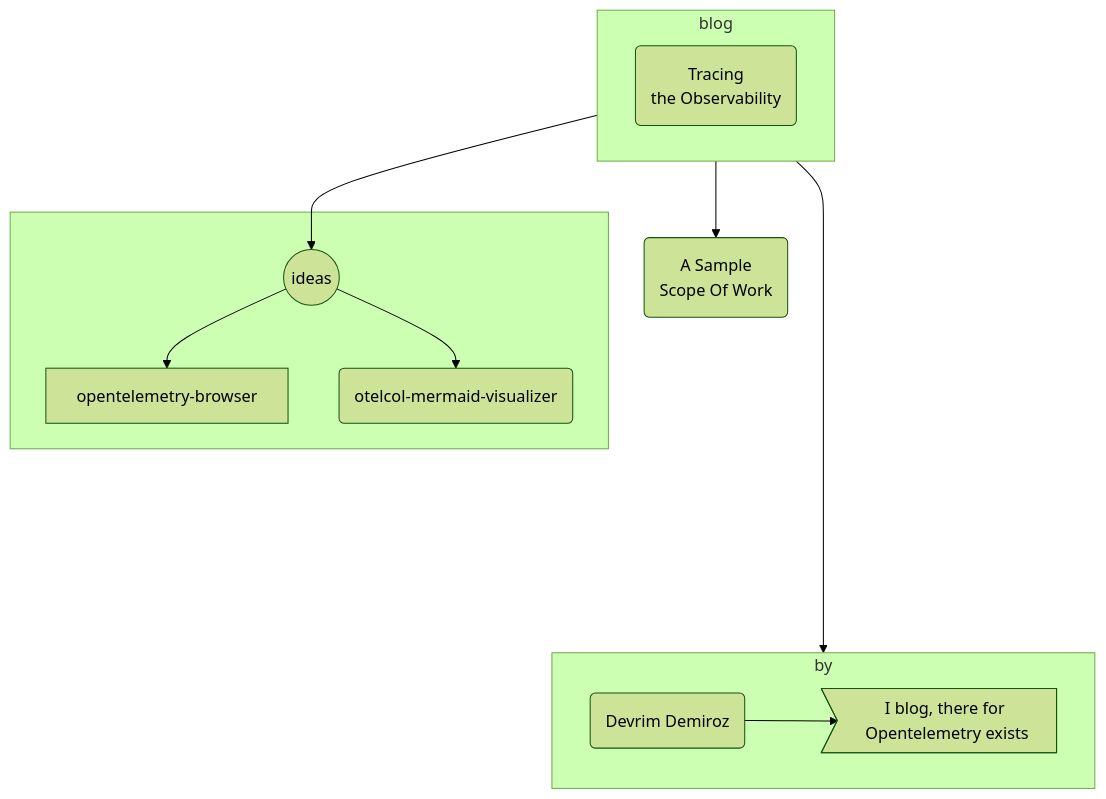
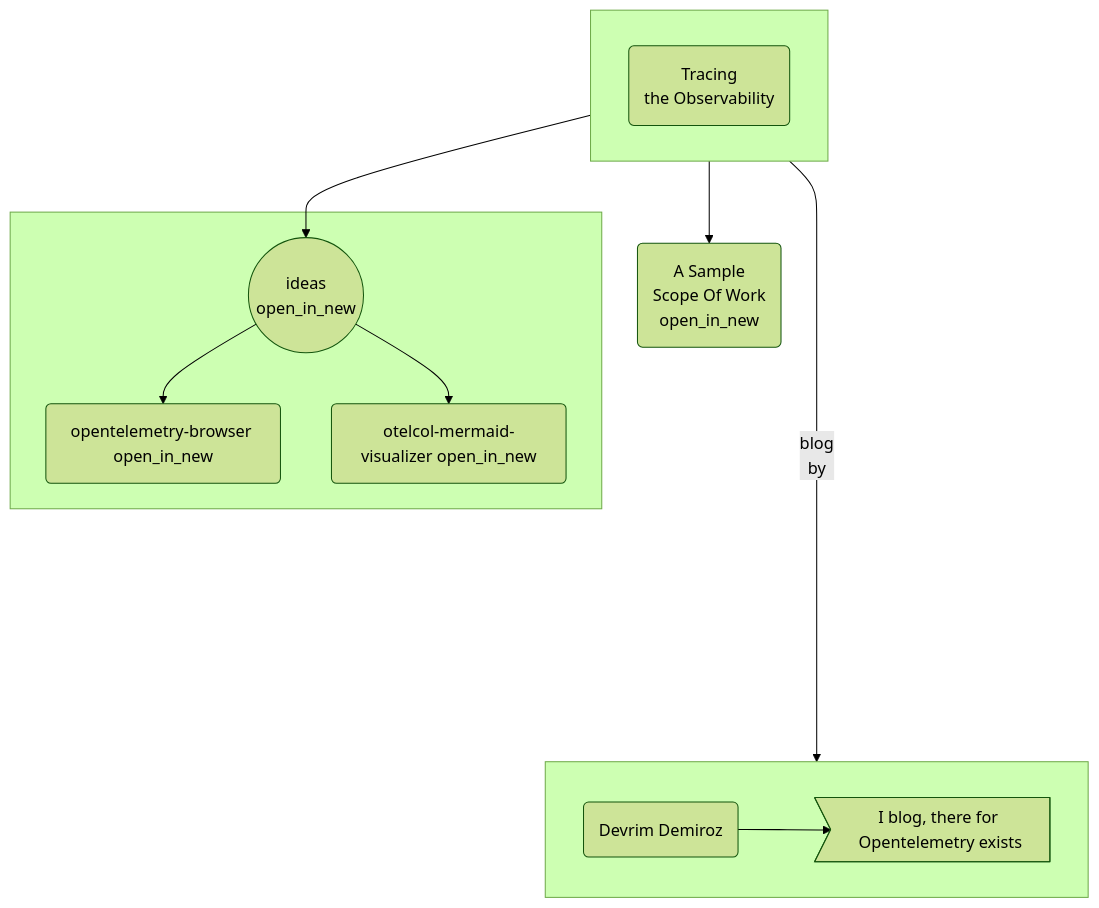
One commit to devrimdemiroz/devrimdemiroz.github.io changed the diagram in docs/README.md. Above: the diagram before and after it, drawn with Mermaid (forest theme). The commit also changed other lines of this file and 1 other file, not shown here.

Commit message:
enhance enhance enhance

````diff
--- a/docs/README.md
+++ b/docs/README.md
@@ -1,38 +5,35 @@
 ```mermaid
 flowchart TD
-          
-        direction LR
-        
-        subgraph blog
-         direction LR
-            TtO(Tracing <br/> the Observability)
-        end
+
+    direction LR
+    
+    subgraph blog[" "]
+     direction LR
+        TtO(Tracing <br/> the Observability)
+    end
         
     
 
-      
-   
-   
-     subgraph by
+    blog ------->|blog <br/> by| by        
+    
+    subgraph s_ideas [" "]
+
+        ideas(("ideas <br/> <span class='material-icons'>open_in_new</span>")) --> 
+        opentelemetry-browser("opentelemetry-browser <span class='material-icons'>open_in_new</span>") & otelcol-mermaid-visualizer(otelcol-mermaid-visualizer <span class='material-icons'>open_in_new</span> )
+    end
+         
+     subgraph by[" "]
             DD(Devrim Demiroz)
             DD-->Descartes>I blog, there for Opentelemetry exists]
      end
-
-    blog -------> by        
-    
-    subgraph s_ideas [" "]
-
-        ideas((ideas)) --> opentelemetry-browser & otelcol-mermaid-visualizer(otelcol-mermaid-visualizer)
-    end
          
-         
-    TtO -->ideas & sow(A Sample <br/> Scope Of Work)
+   TtO -->ideas & sow(A Sample <br/> Scope Of Work <br/><span class='material-icons'>open_in_new</span>)
    click sow "/#/ScopeOfWork";     
    click ideas "/#/ideas";     
    click opentelemetry-browser "https://github.com/devrimdemiroz/opentelemetry-browser" "Open this in a new tab";     
    click otelcol-mermaid-visualizer "/#/ideas/otelcol-mermaid-visualizer";     
     
         
 
   
 ```
````
